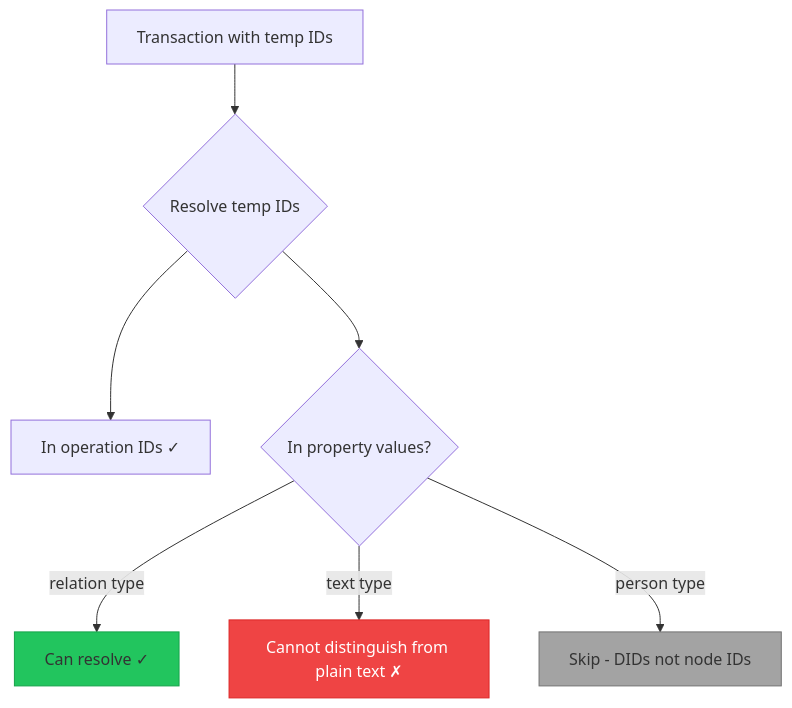
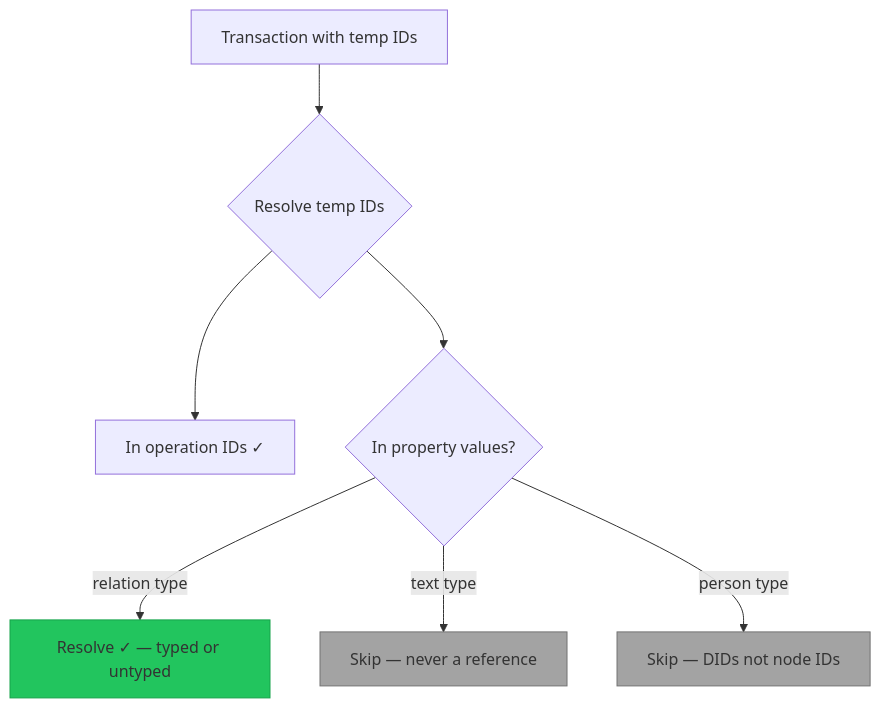
The second of 3 diagrams in docs/explorations/0039_TEMPID_AND_REF_TYPES.md (crs48/xNet), drawn with Mermaid before and after one commit. The commit also changed other lines of this file, not shown here.

Commit message:
docs: update exploration doc to reflect relation() as universal FK type

````diff
--- a/docs/explorations/0039_TEMPID_AND_REF_TYPES.md
+++ b/docs/explorations/0039_TEMPID_AND_REF_TYPES.md
@@ -254,13 +298,13 @@
 ```mermaid
 flowchart TD
     TX[Transaction with temp IDs] --> RESOLVE{Resolve temp IDs}
     RESOLVE --> ID[In operation IDs ✓]
     RESOLVE --> PROPS{In property values?}
-    PROPS -->|relation type| YES[Can resolve ✓]
-    PROPS -->|text type| NO[Cannot distinguish from plain text ✗]
-    PROPS -->|person type| SKIP[Skip - DIDs not node IDs]
+    PROPS -->|relation type| YES[Resolve ✓ — typed or untyped]
+    PROPS -->|text type| SKIP1[Skip — never a reference]
+    PROPS -->|person type| SKIP2[Skip — DIDs not node IDs]
 
-    style NO fill:#ef4444,stroke:#dc2626,color:#fff
     style YES fill:#22c55e,stroke:#16a34a
-    style SKIP fill:#a3a3a3,stroke:#737373
+    style SKIP1 fill:#a3a3a3,stroke:#737373
+    style SKIP2 fill:#a3a3a3,stroke:#737373
 ```
````
